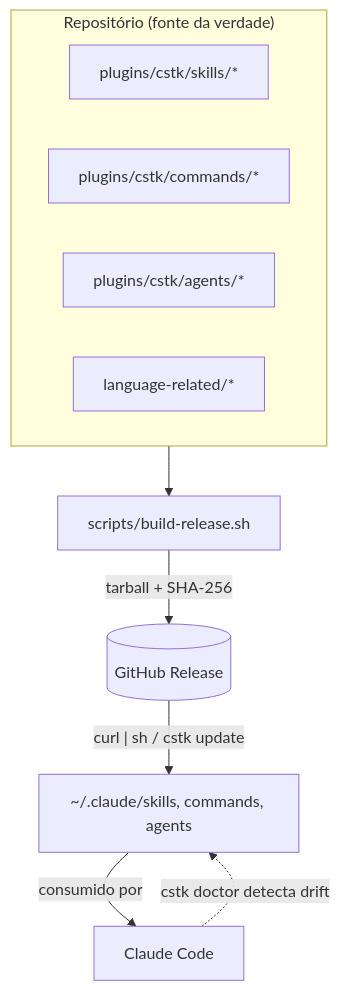
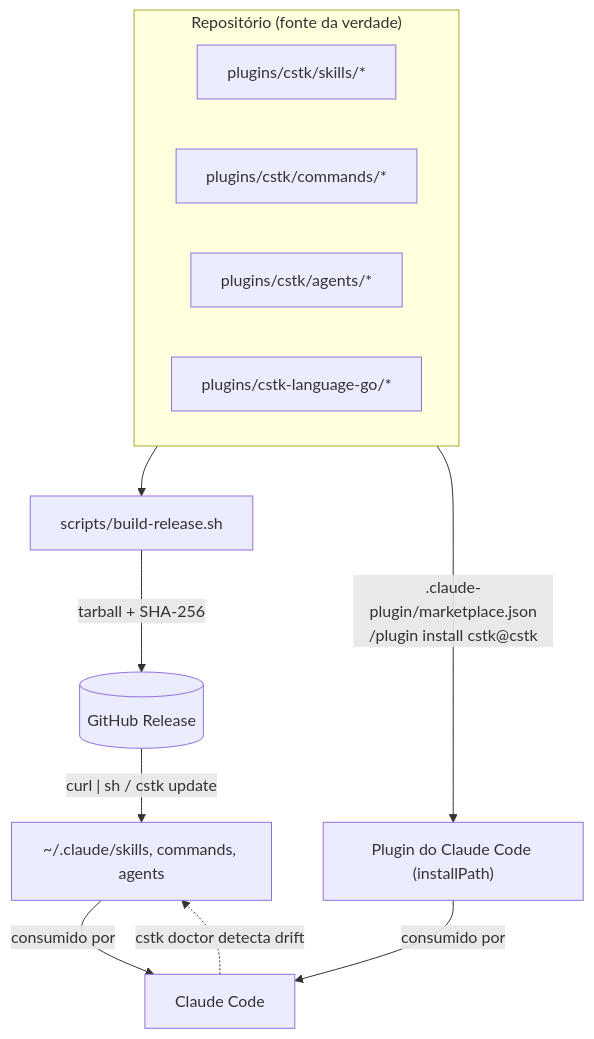
The first of 3 diagrams in CONTRIBUTING.pt-BR.md (JotJunior/cstk), drawn with Mermaid before and after one commit. The commit also changed other lines of this file and 8 other files, not shown here.

````diff
--- a/CONTRIBUTING.pt-BR.md
+++ b/CONTRIBUTING.pt-BR.md
@@ -31,14 +31,16 @@
 ```mermaid
 flowchart TD
     subgraph Fonte["Repositório (fonte da verdade)"]
         S[plugins/cstk/skills/*]
         C[plugins/cstk/commands/*]
         A[plugins/cstk/agents/*]
-        L[language-related/*]
+        L[plugins/cstk-language-go/*]
     end
     BR[scripts/build-release.sh] -->|tarball + SHA-256| REL[(GitHub Release)]
     Fonte --> BR
     REL -->|"curl | sh / cstk update"| INST["~/.claude/skills, commands, agents"]
+    Fonte -->|".claude-plugin/marketplace.json<br/>/plugin install cstk@cstk"| PLG["Plugin do Claude Code (installPath)"]
     INST -->|consumido por| CC[Claude Code]
+    PLG -->|consumido por| CC
     CC -.->|cstk doctor detecta drift| INST
 ```
````
